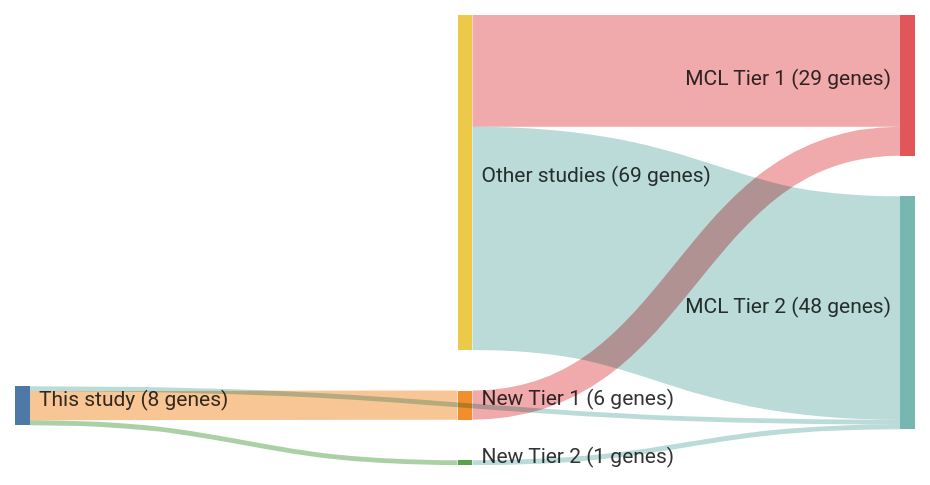
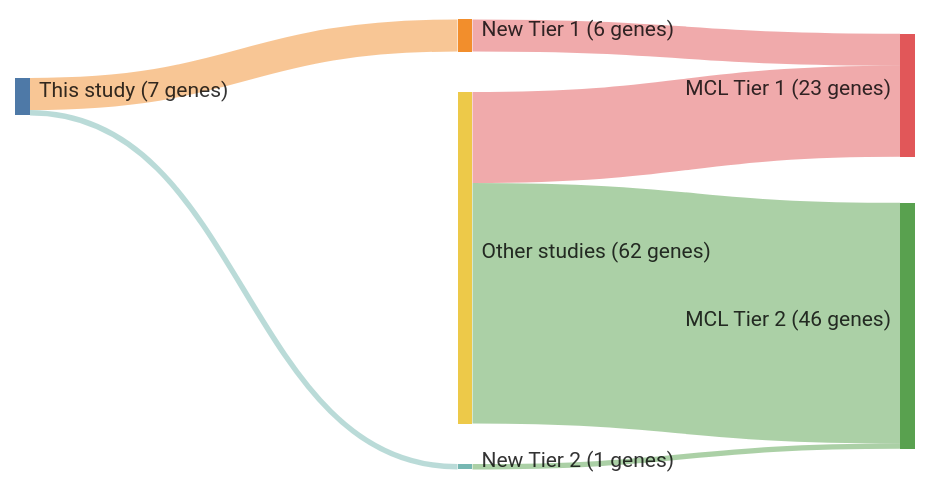
Before and after one commit to morinlab/lymphopedia: the diagram in papers/pararajalingamCodingNoncodingDrivers2020.md, drawn with Mermaid. The commit also changed 81 other files, not shown here.

````diff
--- a/papers/pararajalingamCodingNoncodingDrivers2020.md
+++ b/papers/pararajalingamCodingNoncodingDrivers2020.md
@@ -13,21 +13,20 @@
 ```mermaid
 ---
 config:
     sankey:
         showValues: true
         linkColor: target
         width: 600
         height: 300
         nodeAlignment: right
         prefix: '('
         suffix: ' genes)'
 ---
 sankey-beta
 This study, New Tier 1, 6
 New Tier 1, MCL Tier 1, 6
-This study, MCL Tier 2, 1
 This study, New Tier 2, 1
 New Tier 2, MCL Tier 2, 1
-Other studies, MCL Tier 1, 23
-Other studies, MCL Tier 2, 46
+Other studies, MCL Tier 1, 17
+Other studies, MCL Tier 2, 45
 ```
````
